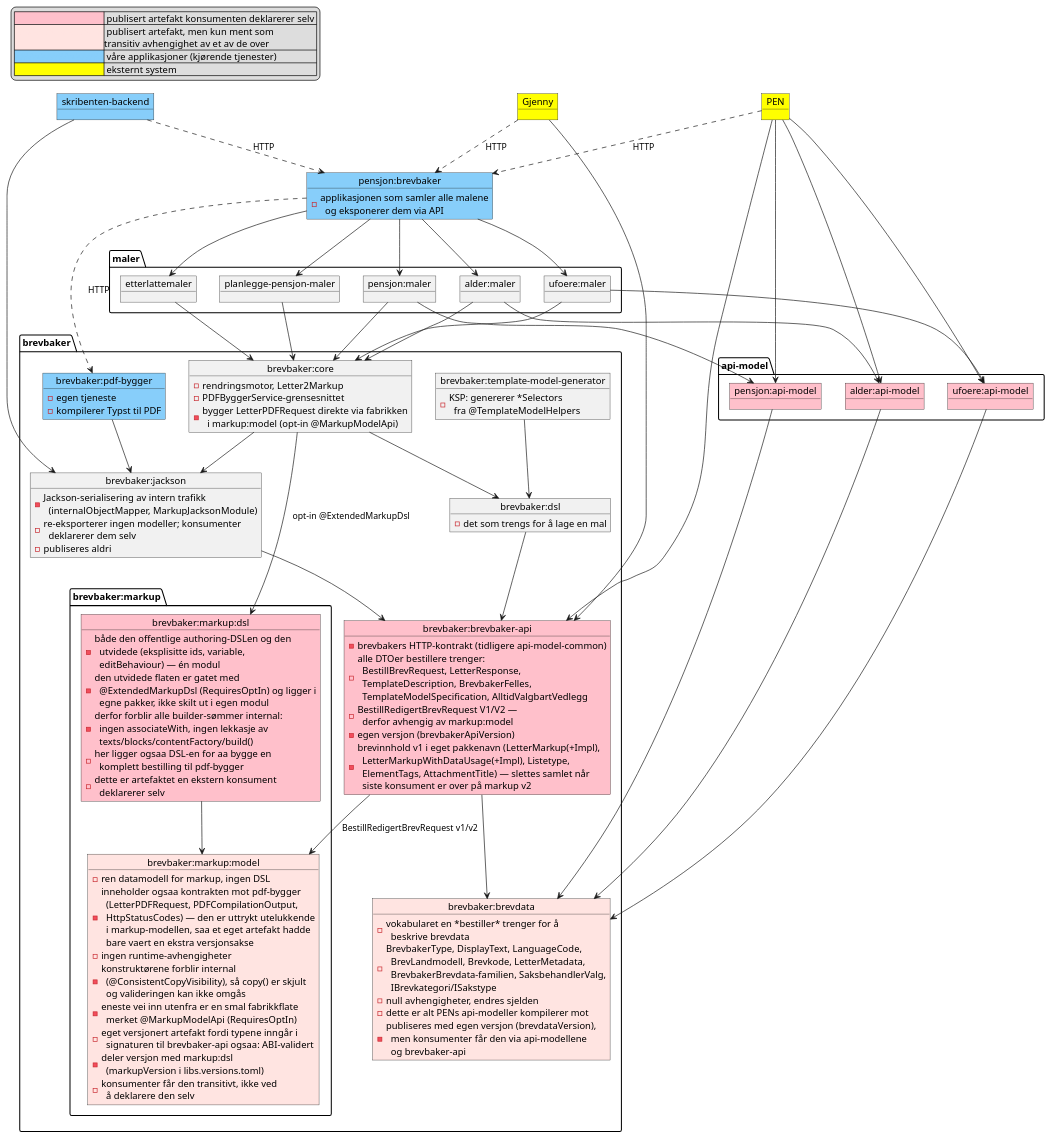
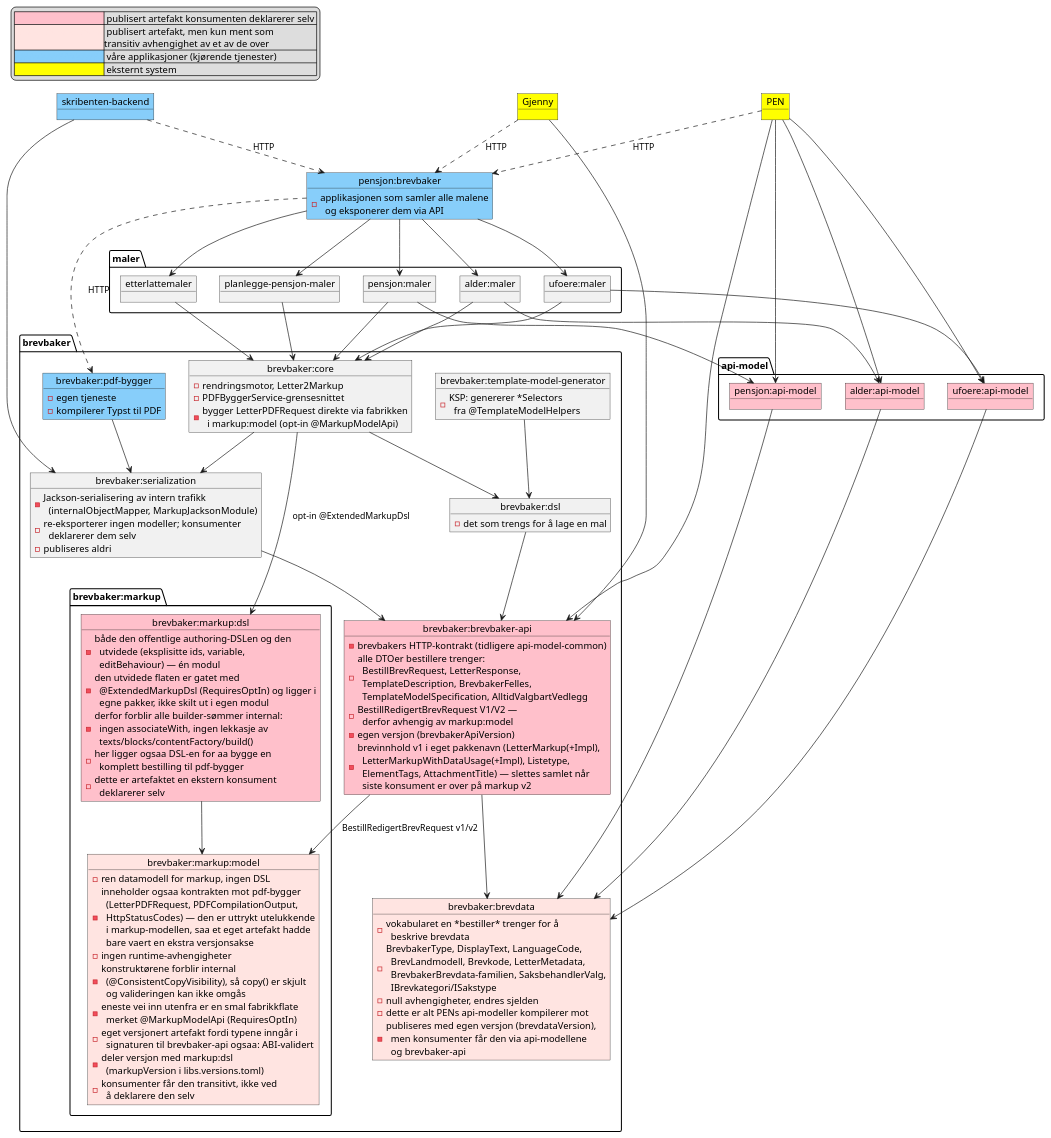
One commit to navikt/pensjonsbrev changed the diagram in docs/modules/ROOT/examples/moduldiagram.puml. Above: the diagram before and after it, drawn with PlantUML. The commit also changed 22 other files, not shown here.

```diff
--- a/docs/modules/ROOT/examples/moduldiagram.puml
+++ b/docs/modules/ROOT/examples/moduldiagram.puml
@@ -1,134 +1,134 @@
 @startuml
 
 legend top left
   |<#pink><color:#pink>WWWWWWWWWW</color> | publisert artefakt konsumenten deklarerer selv |
   |<#mistyrose><color:#mistyrose>WWWWWWWWWW</color> | publisert artefakt, men kun ment som\ntransitiv avhengighet av et av de over |
   |<#lightskyblue><color:#lightskyblue>WWWWWWWWWW</color> | våre applikasjoner (kjørende tjenester) |
   |<#yellow><color:#yellow>WWWWWWWWWW</color> | eksternt system |
 endlegend
 
 package "brevbaker" {
 
   object "brevbaker:brevdata" as brevdata #mistyrose
   brevdata : - vokabularet en *bestiller* trenger for å\n  beskrive brevdata
   brevdata : - BrevbakerType, DisplayText, LanguageCode,\n  BrevLandmodell, Brevkode, LetterMetadata,\n  BrevbakerBrevdata-familien, SaksbehandlerValg,\n  IBrevkategori/ISakstype
   brevdata : - null avhengigheter, endres sjelden
   brevdata : - dette er alt PENs api-modeller kompilerer mot
   brevdata : - publiseres med egen versjon (brevdataVersion),\n  men konsumenter får den via api-modellene\n  og brevbaker-api
 
   object "brevbaker:brevbaker-api" as brevbakerapi #pink
   brevbakerapi : - brevbakers HTTP-kontrakt (tidligere api-model-common)
   brevbakerapi : - alle DTOer bestillere trenger:\n  BestillBrevRequest, LetterResponse,\n  TemplateDescription, BrevbakerFelles,\n  TemplateModelSpecification, AlltidValgbartVedlegg
   brevbakerapi : - BestillRedigertBrevRequest V1/V2 —\n  derfor avhengig av markup:model
   brevbakerapi : - egen versjon (brevbakerApiVersion)
   brevbakerapi : - brevinnhold v1 i eget pakkenavn (LetterMarkup(+Impl),\n  LetterMarkupWithDataUsage(+Impl), Listetype,\n  ElementTags, AttachmentTitle) — slettes samlet når\n  siste konsument er over på markup v2
 
   package "brevbaker:markup" {
     object "brevbaker:markup:model" as markupModel #mistyrose
     markupModel : - ren datamodell for markup, ingen DSL
     markupModel : - inneholder ogsaa kontrakten mot pdf-bygger\n  (LetterPDFRequest, PDFCompilationOutput,\n  HttpStatusCodes) — den er uttrykt utelukkende\n  i markup-modellen, saa et eget artefakt hadde\n  bare vaert en ekstra versjonsakse
     markupModel : - ingen runtime-avhengigheter
     markupModel : - konstruktørene forblir internal\n  (@ConsistentCopyVisibility), så copy() er skjult\n  og valideringen kan ikke omgås
     markupModel : - eneste vei inn utenfra er en smal fabrikkflate\n  merket @MarkupModelApi (RequiresOptIn)
     markupModel : - eget versjonert artefakt fordi typene inngår i\n  signaturen til brevbaker-api ogsaa: ABI-validert
     markupModel : - deler versjon med markup:dsl\n  (markupVersion i libs.versions.toml)
     markupModel : - konsumenter får den transitivt, ikke ved\n  å deklarere den selv
 
     object "brevbaker:markup:dsl" as markupDsl #pink
     markupDsl : - både den offentlige authoring-DSLen og den\n  utvidede (eksplisitte ids, variable,\n  editBehaviour) — én modul
     markupDsl : - den utvidede flaten er gatet med\n  @ExtendedMarkupDsl (RequiresOptIn) og ligger i\n  egne pakker, ikke skilt ut i egen modul
     markupDsl : - derfor forblir alle builder-sømmer internal:\n  ingen associateWith, ingen lekkasje av\n  texts/blocks/contentFactory/build()
     markupDsl : - her ligger ogsaa DSL-en for aa bygge en\n  komplett bestilling til pdf-bygger
     markupDsl : - dette er artefaktet en ekstern konsument\n  deklarerer selv
   }
 
-  object "brevbaker:jackson" as jackson
-  jackson : - Jackson-serialisering av intern trafikk\n  (internalObjectMapper, MarkupJacksonModule)
-  jackson : - re-eksporterer ingen modeller; konsumenter\n  deklarerer dem selv
-  jackson : - publiseres aldri
+  object "brevbaker:serialization" as serialization
+  serialization : - Jackson-serialisering av intern trafikk\n  (internalObjectMapper, MarkupJacksonModule)
+  serialization : - re-eksporterer ingen modeller; konsumenter\n  deklarerer dem selv
+  serialization : - publiseres aldri
 
   object "brevbaker:dsl" as dsl
   dsl : - det som trengs for å lage en mal
 
   object "brevbaker:core" as core
   core : - rendringsmotor, Letter2Markup
   core : - PDFByggerService-grensesnittet
   core : - bygger LetterPDFRequest direkte via fabrikken\n  i markup:model (opt-in @MarkupModelApi)
 
   object "brevbaker:template-model-generator" as tmg
   tmg : - KSP: genererer *Selectors\n  fra @TemplateModelHelpers
 
   object "brevbaker:pdf-bygger" as pdfbygger #lightskyblue
   pdfbygger : - egen tjeneste
   pdfbygger : - kompilerer Typst til PDF
 }
 
 package "maler" {
   object "pensjon:maler" as pensjonsmalene
   object "alder:maler" as aldersmalene
   object "ufoere:maler" as ufoeremalene
   object "etterlattemaler" as etterlatte
   object "planlegge-pensjon-maler" as planlegge
 }
 
 package "api-model" {
   object "pensjon:api-model" as pensjonapimodel #pink
   object "alder:api-model" as alderapimodel #pink
   object "ufoere:api-model" as ufoereapimodel #pink
 }
 
 object "pensjon:brevbaker" as brevbakerApp #lightskyblue
 brevbakerApp : - applikasjonen som samler alle malene\n  og eksponerer dem via API
 
 object "skribenten-backend" as skribenten #lightskyblue
 object PEN #yellow
 object Gjenny #yellow
 
 ' brevbaker-modulene
 markupDsl --> markupModel
 brevbakerapi --> brevdata
 brevbakerapi --> markupModel : BestillRedigertBrevRequest v1/v2
-jackson --> brevbakerapi
+serialization --> brevbakerapi
 dsl --> brevbakerapi
 core --> dsl
-core --> jackson
+core --> serialization
 core --> markupDsl : opt-in @ExtendedMarkupDsl
 tmg --> dsl
-pdfbygger --> jackson
+pdfbygger --> serialization
 
 ' malmoduler
 pensjonsmalene --> core
 aldersmalene --> core
 ufoeremalene --> core
 etterlatte --> core
 planlegge --> core
 
 pensjonsmalene --> pensjonapimodel
 aldersmalene --> alderapimodel
 ufoeremalene --> ufoereapimodel
 
 pensjonapimodel --> brevdata
 alderapimodel --> brevdata
 ufoereapimodel --> brevdata
 
 ' applikasjonen
 brevbakerApp --> pensjonsmalene
 brevbakerApp --> aldersmalene
 brevbakerApp --> ufoeremalene
 brevbakerApp --> etterlatte
 brevbakerApp --> planlegge
 brevbakerApp ..> pdfbygger : HTTP
 PEN ..> brevbakerApp : HTTP
 Gjenny ..> brevbakerApp : HTTP
 skribenten ..> brevbakerApp : HTTP
 
 
 ' konsumenter
-skribenten --> jackson
+skribenten --> serialization
 PEN --> pensjonapimodel
 PEN --> alderapimodel
 PEN --> ufoereapimodel
 PEN --> brevbakerapi
 Gjenny --> brevbakerapi
 
 @enduml
```
